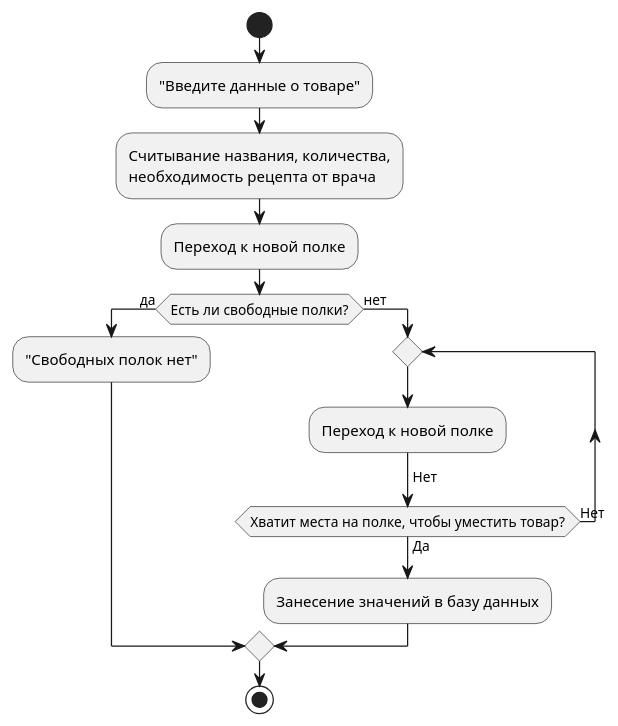
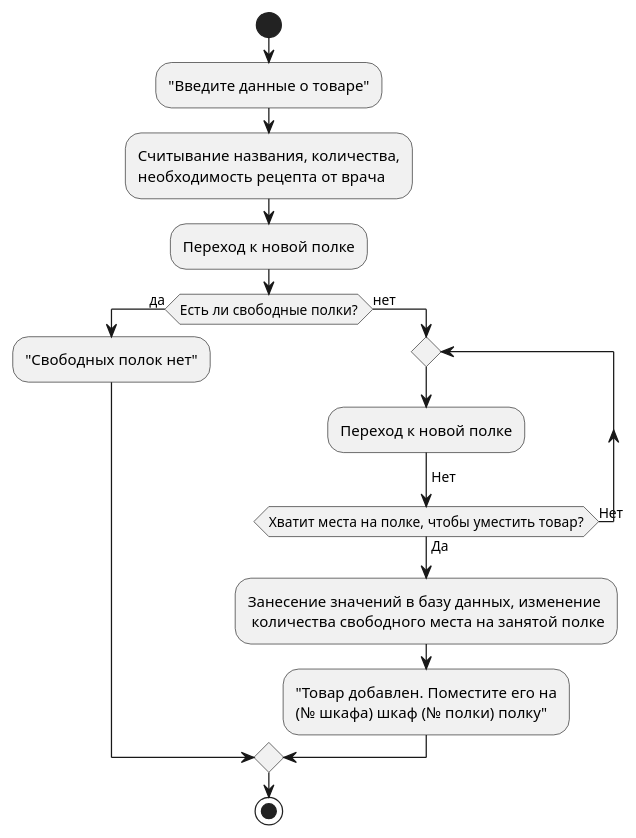
The diagram in data_base/docs/new_item.puml (izo171tehnologiya-bit/data_base1), drawn with PlantUML before and after one commit. The commit also changed 12 other files, not shown here.

Commit message:
Добавление блок схем, описания кода

```diff
--- a/data_base/docs/new_item.puml
+++ b/data_base/docs/new_item.puml
@@ -1,18 +1,21 @@
 @startuml
 start
 :"Введите данные о товаре";
 :Считывание названия, количества,
 необходимость рецепта от врача;
 
 :Переход к новой полке;
 if (Есть ли свободные полки?) then (да)
   :"Свободных полок нет";
 else (нет)
     repeat
     :Переход к новой полке;
         ->Нет;
     repeat while (Хватит места на полке, чтобы уместить товар?) is (Нет) not (Да)
-    :Занесение значений в базу данных;
+    :Занесение значений в базу данных, изменение
+     количества свободного места на занятой полке;
+     :"Товар добавлен. Поместите его на
+     (№ шкафа) шкаф (№ полки) полку";
 endif
 stop
 @enduml
```
